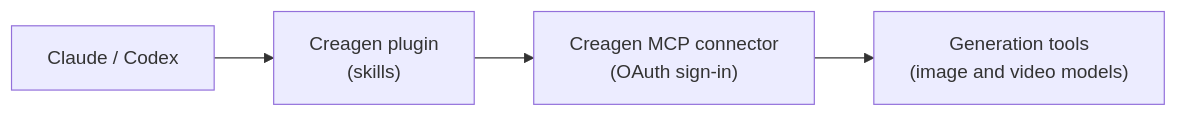
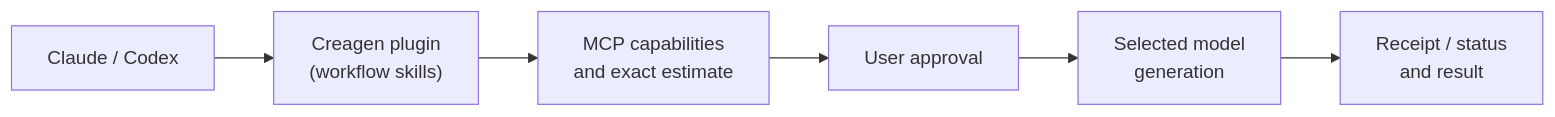
The diagram in README.md (pioncorp/creagen-plugin), drawn with Mermaid before and after one commit. The commit also changed other lines of this file and 15 other files, not shown here.

Commit message:
feat(skills): use capability-based generation contracts

````diff
--- a/README.md
+++ b/README.md
@@ -80,6 +80,8 @@
 ```mermaid
 flowchart LR
-  A["Claude / Codex"] --> B["Creagen plugin<br/>(skills)"]
-  B --> C["Creagen MCP connector<br/>(OAuth sign-in)"]
-  C --> D["Generation tools<br/>(image and video models)"]
+  A["Claude / Codex"] --> B["Creagen plugin<br/>(workflow skills)"]
+  B --> C["MCP capabilities<br/>and exact estimate"]
+  C --> D["User approval"]
+  D --> E["Selected model<br/>generation"]
+  E --> F["Receipt / status<br/>and result"]
 ```
````
